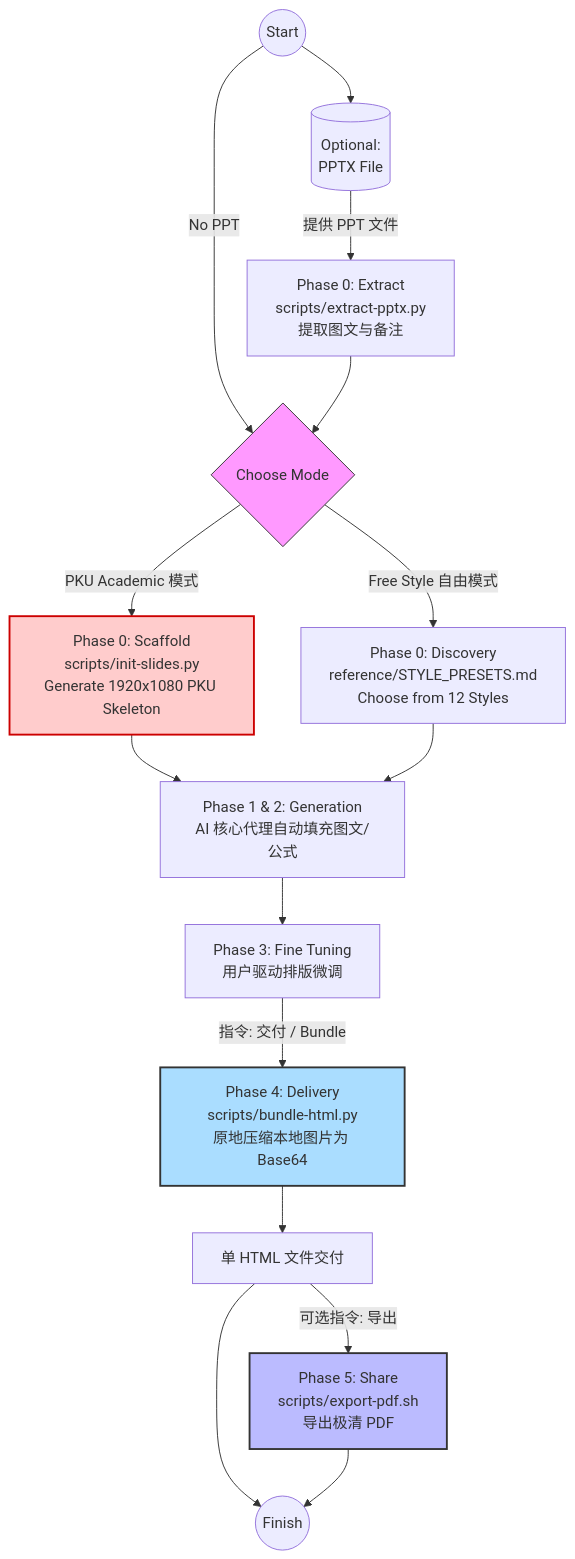
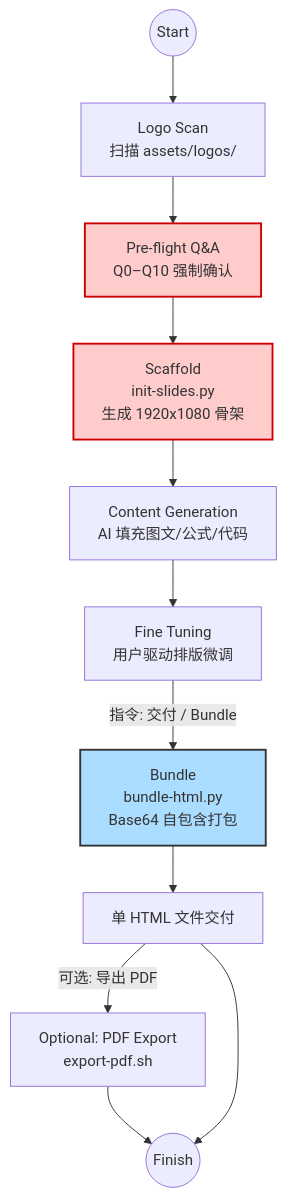
The first of 2 diagrams in README.md (ky230/frontend-slides-PKU), drawn with Mermaid before and after one commit. The commit also changed other lines of this file and 34 other files, not shown here.

First line of the commit message:
feat: PKU Academic Classic v2 — 21 ideas, full architecture overhaul

````diff
--- a/README.md
+++ b/README.md
@@ -40,44 +49,22 @@
 ```mermaid
 graph TD
-    %% Node Definitions
     Start((Start))
-    Mode{Choose Mode}
-    PPT[(Optional:<br>PPTX File)]
-    
-    PPT2[Phase 0: Extract<br>scripts/extract-pptx.py<br>提取图文与备注]
-    Scaffold[Phase 0: Scaffold<br>scripts/init-slides.py<br>Generate 1920x1080 PKU Skeleton]
-    Presets[Phase 0: Discovery<br>reference/STYLE_PRESETS.md<br>Choose from 12 Styles]
-    
-    Content[Phase 1 & 2: Generation<br>AI 核心代理自动填充图文/公式]
-    FineTuning[Phase 3: Fine Tuning<br>用户驱动排版微调]
-    Bundle[Phase 4: Delivery<br>scripts/bundle-html.py<br>原地压缩本地图片为 Base64]
-    
+    LogoScan[Logo Scan<br>扫描 assets/logos/]
+    QA[Pre-flight Q&A<br>Q0–Q10 强制确认]
+    Scaffold[Scaffold<br>init-slides.py<br>生成 1920x1080 骨架]
+    Content[Content Generation<br>AI 填充图文/公式/代码]
+    FineTuning[Fine Tuning<br>用户驱动排版微调]
+    Bundle[Bundle<br>bundle-html.py<br>Base64 自包含打包]
     Output[单 HTML 文件交付]
-    Export[Phase 5: Share<br>scripts/export-pdf.sh<br>导出极清 PDF]
+    Export[Optional: PDF Export<br>export-pdf.sh]
     End((Finish))
 
-    %% Connections
-    Start --> PPT
-    Start -->|No PPT| Mode
-    PPT -->|提供 PPT 文件| PPT2
-    PPT2 --> Mode
-    
-    Mode -->|PKU Academic 模式| Scaffold
-    Mode -->|Free Style 自由模式| Presets
-    
-    Scaffold --> Content
-    Presets --> Content
-    
-    Content --> FineTuning
-    FineTuning -->|"指令: 交付 / Bundle"| Bundle
-    Bundle --> Output
-    Output -->|"可选指令: 导出"| Export
+    Start --> LogoScan --> QA --> Scaffold --> Content --> FineTuning
+    FineTuning -->|"指令: 交付 / Bundle"| Bundle --> Output
+    Output -->|"可选: 导出 PDF"| Export --> End
     Output --> End
-    Export --> End
 
-    %% Styles
-    style Mode fill:#f9f,stroke:#333
+    style QA fill:#ffcccc,stroke:#cc0000,stroke-width:2px
     style Scaffold fill:#ffcccc,stroke:#cc0000,stroke-width:2px
     style Bundle fill:#adf,stroke:#333,stroke-width:2px
-    style Export fill:#bbf,stroke:#333,stroke-width:2px
 ```
````
